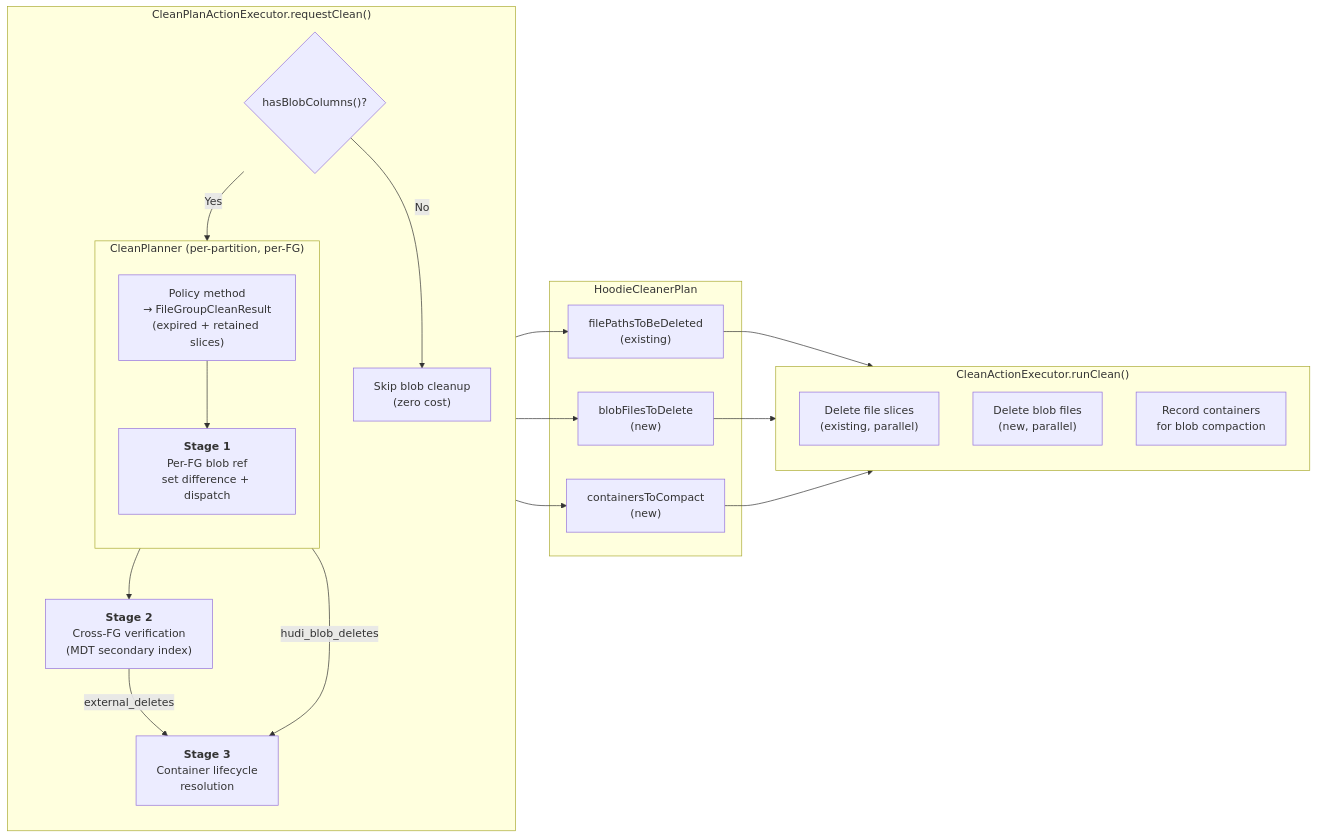
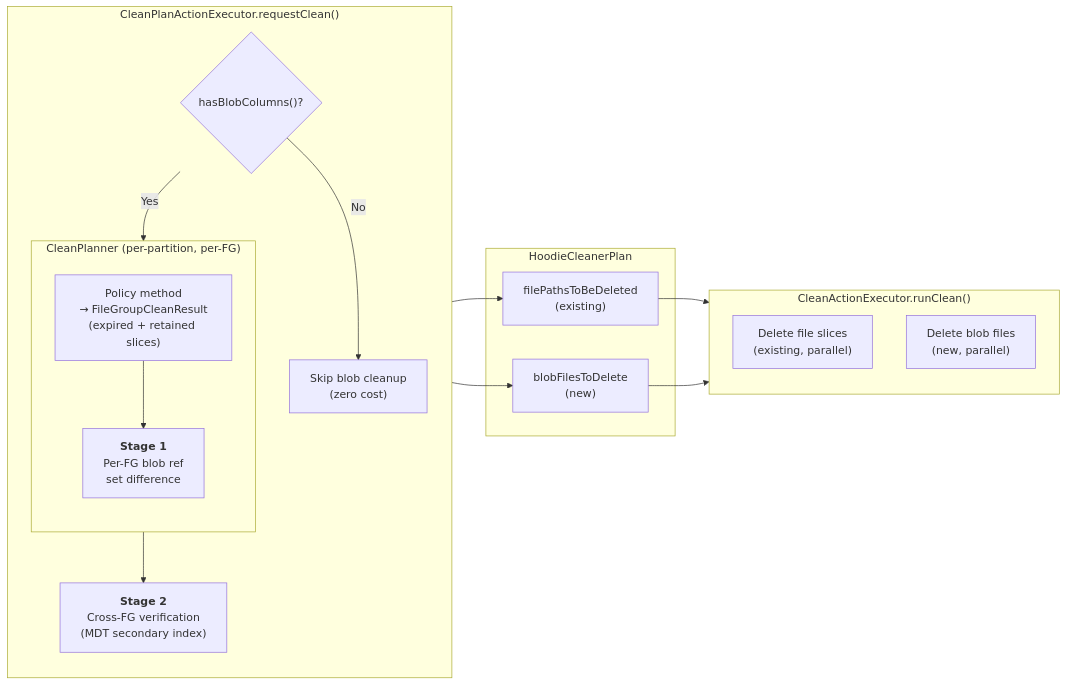
One commit to apache/hudi changed the first of 4 diagrams in rfc/rfc-100/rfc-100-blob-cleaner-design.md. Above: the diagram before and after it, drawn with Mermaid. The commit also changed other lines of this file and 1 other file, not shown here.

````diff
--- a/rfc/rfc-100/rfc-100-blob-cleaner-design.md
+++ b/rfc/rfc-100/rfc-100-blob-cleaner-design.md
@@ -164,41 +138,35 @@
 ```mermaid
 flowchart LR
     subgraph Planning["CleanPlanActionExecutor.requestClean()"]
         direction TB
         Gate{"hasBlobColumns()?"}
         Gate -- No --> Skip["Skip blob cleanup<br/>(zero cost)"]
         Gate -- Yes --> CP
 
         subgraph CP["CleanPlanner (per-partition, per-FG)"]
             direction TB
             Policy["Policy method<br/>→ FileGroupCleanResult<br/>(expired + retained slices)"]
-            S1["<b>Stage 1</b><br/>Per-FG blob ref<br/>set difference + dispatch"]
+            S1["<b>Stage 1</b><br/>Per-FG blob ref<br/>set difference"]
             Policy --> S1
         end
 
         S1 --> S2["<b>Stage 2</b><br/>Cross-FG verification<br/>(MDT secondary index)"]
-        S1 -->|hudi_blob_deletes| S3
-        S2 -->|external_deletes| S3["<b>Stage 3</b><br/>Container lifecycle<br/>resolution"]
     end
 
     subgraph Plan["HoodieCleanerPlan"]
         FP["filePathsToBeDeleted<br/>(existing)"]
         BP["blobFilesToDelete<br/>(new)"]
-        CC["containersToCompact<br/>(new)"]
     end
 
-    S3 --> BP
-    S3 --> CC
+    S2 --> BP
     CP --> FP
 
     subgraph Execution["CleanActionExecutor.runClean()"]
         direction TB
         DF["Delete file slices<br/>(existing, parallel)"]
         DB["Delete blob files<br/>(new, parallel)"]
-        RC["Record containers<br/>for blob compaction"]
     end
 
     FP --> DF
     BP --> DB
-    CC --> RC
 ```
````
